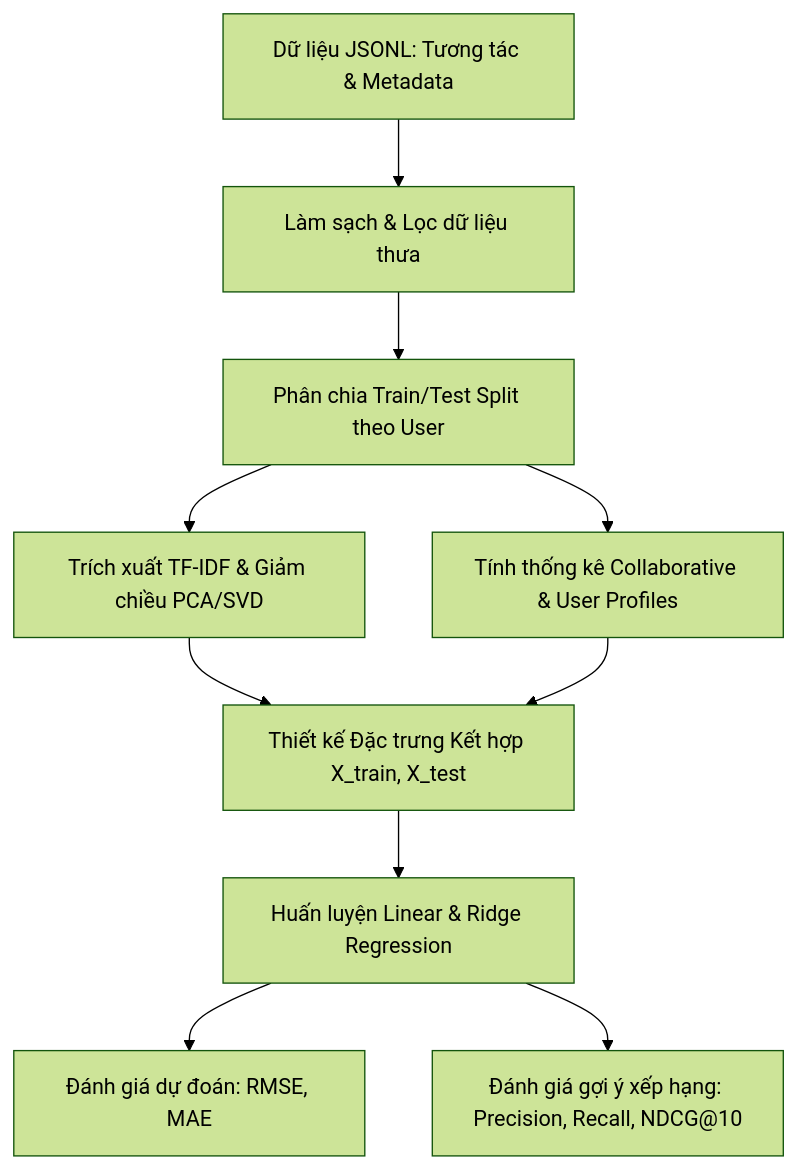
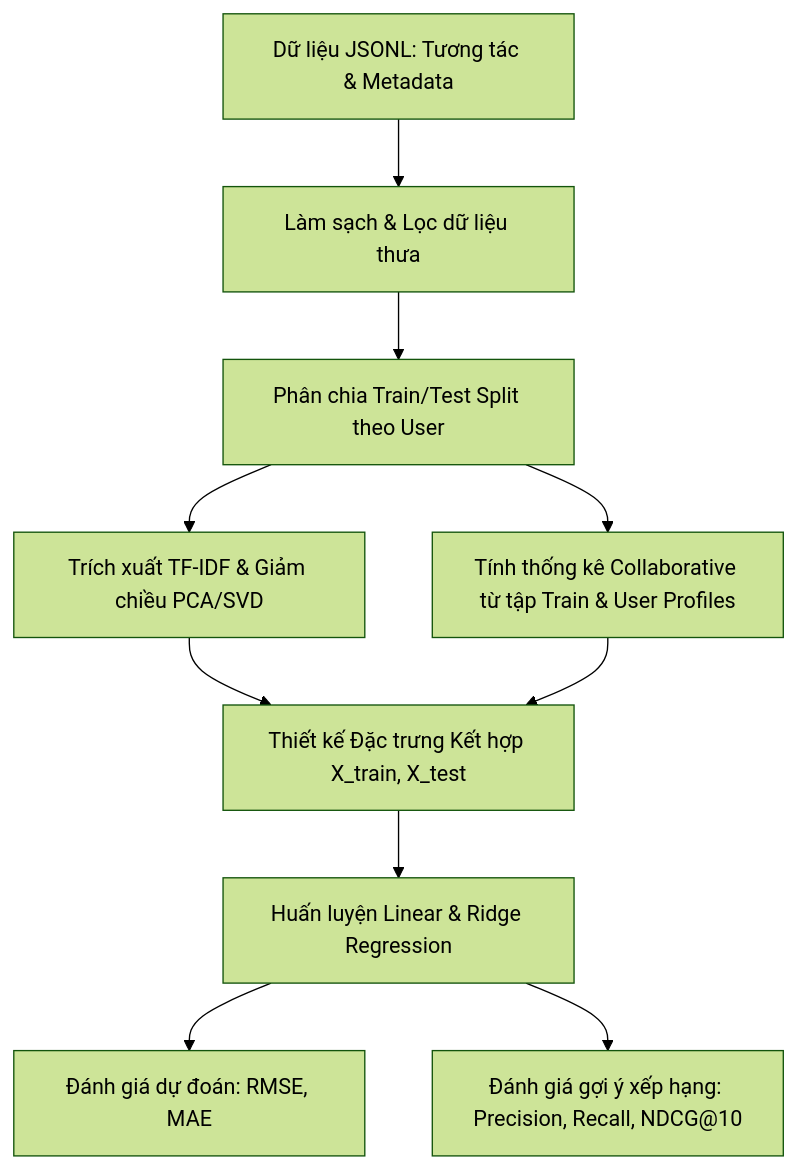
One commit to lethanglm0508/Machine-Learning-MSA changed the diagram in report_recommendation_system.md. Above: the diagram before and after it, drawn with Mermaid (forest theme). The commit also changed other lines of this file and 2 other files, not shown here.

````diff
--- a/report_recommendation_system.md
+++ b/report_recommendation_system.md
@@ -32,11 +32,11 @@
 ```mermaid
 graph TD
     A[Dữ liệu JSONL: Tương tác & Metadata] --> B[Làm sạch & Lọc dữ liệu thưa]
     B --> C[Phân chia Train/Test Split theo User]
     C --> D1[Trích xuất TF-IDF & Giảm chiều PCA/SVD]
-    C --> D2[Tính thống kê Collaborative & User Profiles]
+    C --> D2[Tính thống kê Collaborative từ tập Train & User Profiles]
     D1 & D2 --> E[Thiết kế Đặc trưng Kết hợp X_train, X_test]
     E --> F[Huấn luyện Linear & Ridge Regression]
     F --> G1[Đánh giá dự đoán: RMSE, MAE]
     F --> G2[Đánh giá gợi ý xếp hạng: Precision, Recall, NDCG@10]
 ```
````
